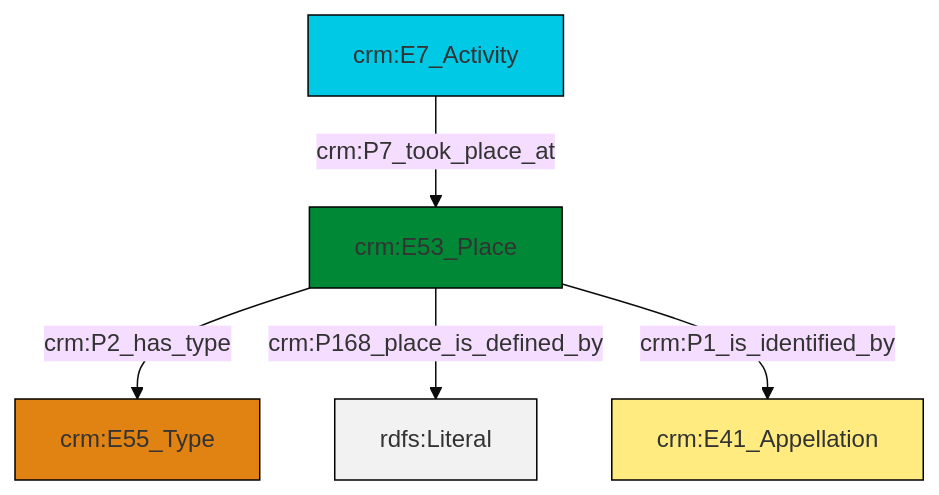
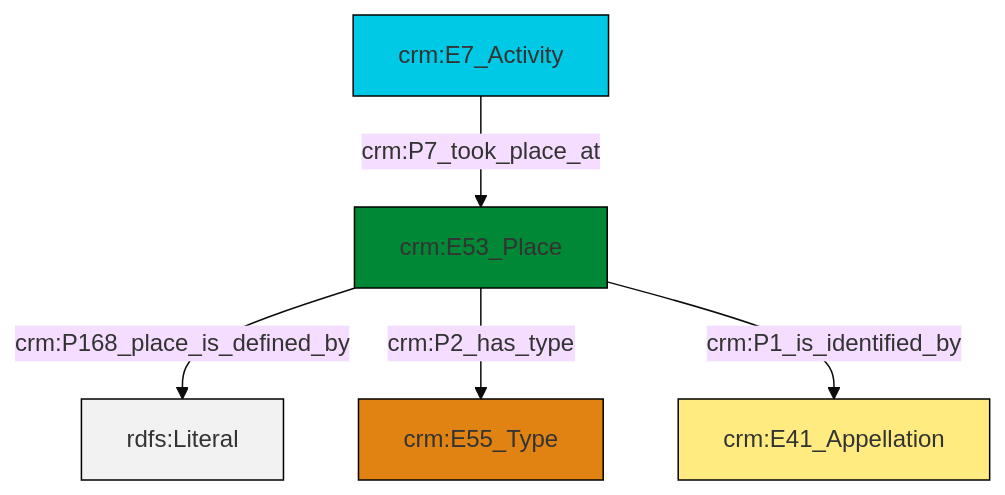
Before and after one commit to swiss-art-research-net/docs.swissartresearch: the diagram in et/eventCSV/ttl/mmd/event_location.ttl.mmd, drawn with Mermaid (base theme). The commit also changed 179 other files, not shown here.

```diff
--- a/et/eventCSV/ttl/mmd/event_location.ttl.mmd
+++ b/et/eventCSV/ttl/mmd/event_location.ttl.mmd
@@ -1,19 +1,19 @@
 graph TD
 classDef Literal fill:#f2f2f2,stroke:#000000;
 classDef CRM_Entity fill:#FFFFFF,stroke:#000000;
 classDef Temporal_Entity fill:#00C9E6, stroke:#000000;
 classDef Type fill:#E18312, stroke:#000000;
 classDef Time-Span fill:#2C9C91, stroke:#000000;
 classDef Appellation fill:#FFEB7F, stroke:#000000;
 classDef Place fill:#008836, stroke:#000000;
 classDef Persistent_Item fill:#B266B2, stroke:#000000;
 classDef Conceptual_Object fill:#FFD700, stroke:#000000;
 classDef Physical_Thing fill:#D2B48C, stroke:#000000;
 classDef Actor fill:#f58aad, stroke:#000000;
 classDef PC_Classes fill:#4ce600, stroke:#000000;
 classDef Multi fill:#cccccc,stroke:#000000;
 
-0["crm:E53_Place"]:::Place -->|crm:P2_has_type| 1["crm:E55_Type"]:::Type
-2["crm:E7_Activity"]:::Temporal_Entity -->|crm:P7_took_place_at| 0["crm:E53_Place"]:::Place
-0["crm:E53_Place"]:::Place -->|crm:P168_place_is_defined_by| 4[rdfs:Literal]:::Literal
-0["crm:E53_Place"]:::Place -->|crm:P1_is_identified_by| 5["crm:E41_Appellation"]:::Appellation
+2["crm:E7_Activity"]:::Temporal_Entity -->|crm:P7_took_place_at| 3["crm:E53_Place"]:::Place
+3["crm:E53_Place"]:::Place -->|crm:P168_place_is_defined_by| 4[rdfs:Literal]:::Literal
+3["crm:E53_Place"]:::Place -->|crm:P2_has_type| 5["crm:E55_Type"]:::Type
+3["crm:E53_Place"]:::Place -->|crm:P1_is_identified_by| 0["crm:E41_Appellation"]:::Appellation
```
